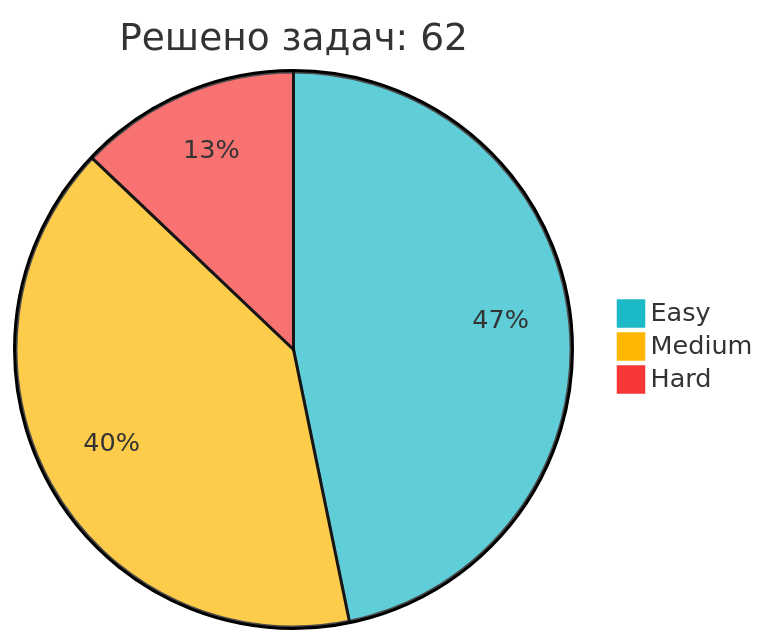
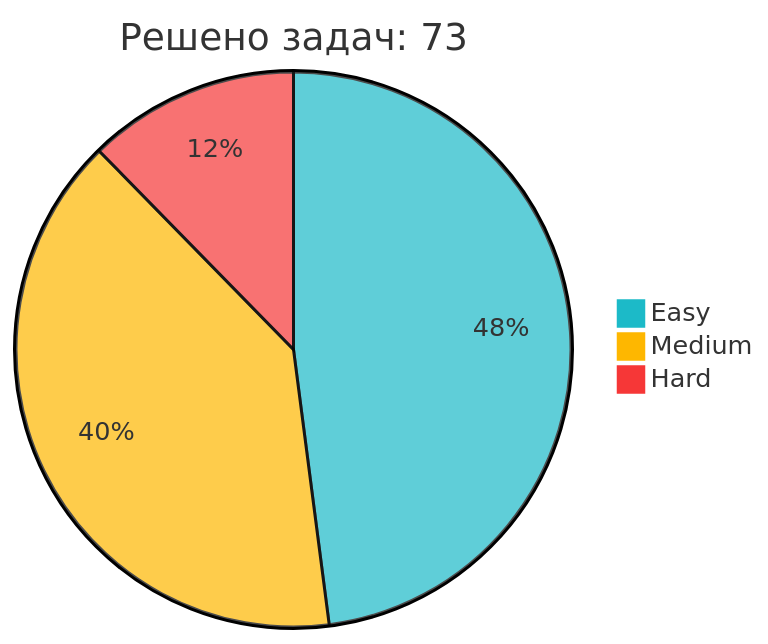
The diagram in README.md (IliaKurdukov/IliaKurdukov), drawn with Mermaid before and after one commit. The commit also changed other lines of this file, not shown here.

Commit message:
📈 Обновление статистики LeetCode

````diff
--- a/README.md
+++ b/README.md
@@ -51,7 +51,7 @@
 ```mermaid
 %%{init: {'theme': 'base', 'themeVariables': { 'pie1': '#1CBAC8', 'pie2': '#FEB700', 'pie3': '#F63737' }, 'config': {'width': 300, 'height': 200}}}%%
-pie title Решено задач: 62
-   "Easy" : 29
-   "Medium" : 25
-   "Hard" : 8
+pie title Решено задач: 73
+   "Easy" : 35
+   "Medium" : 29
+   "Hard" : 9
 ```
````
